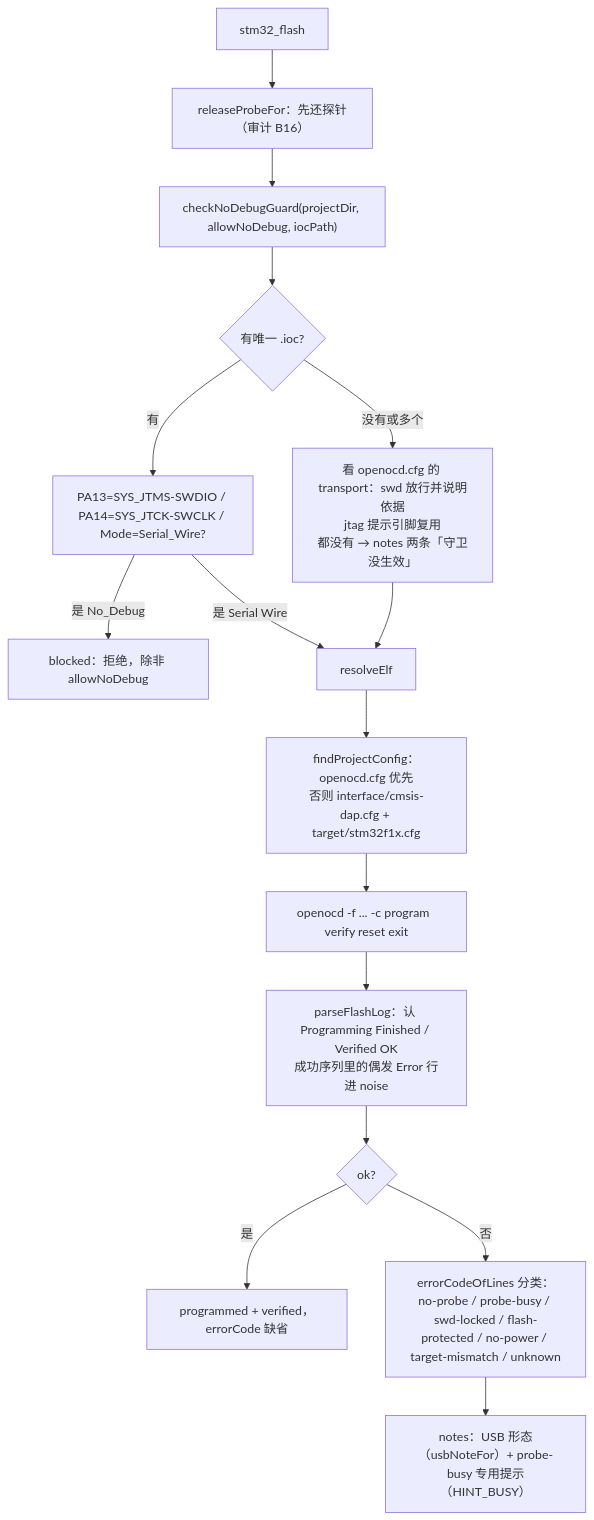
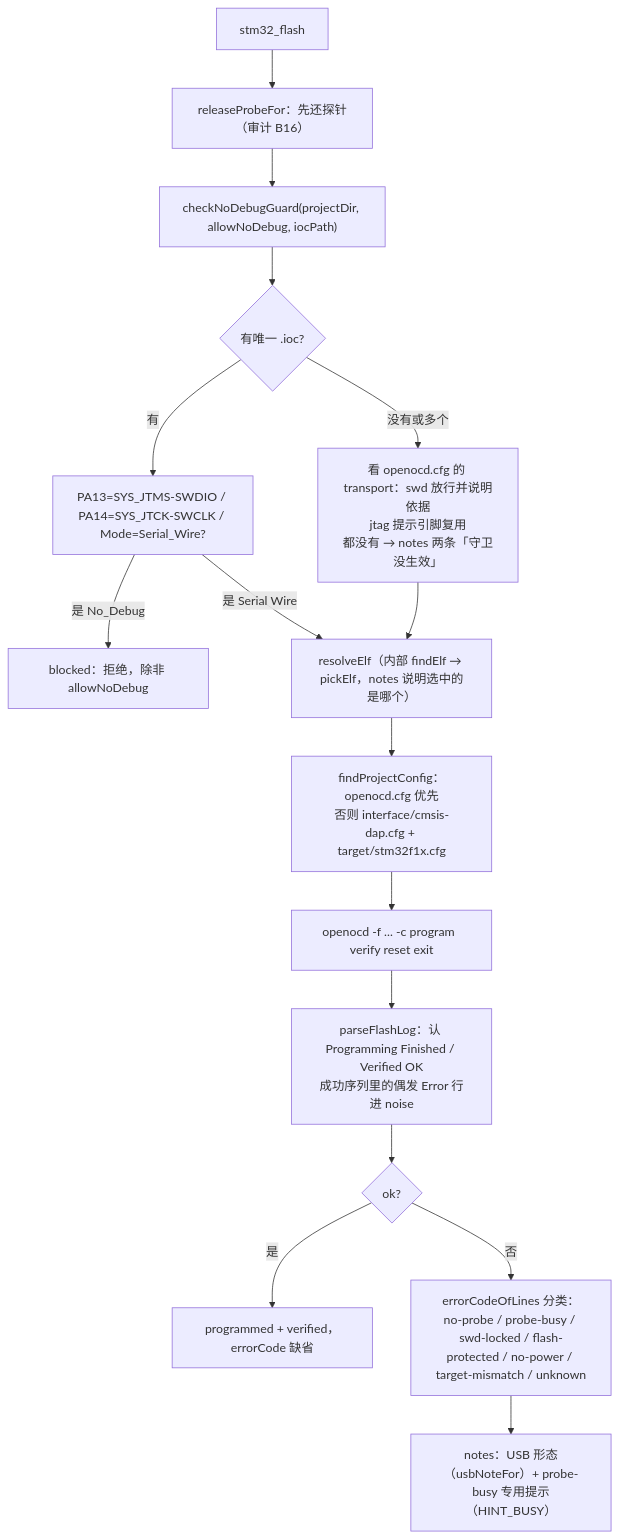
The sixth of 15 diagrams in docs/reading-guide.md (JingYu-er/dsh-stm32), drawn with Mermaid before and after one commit. The commit also changed other lines of this file and 18 other files, not shown here.

````diff
--- a/docs/reading-guide.md
+++ b/docs/reading-guide.md
@@ -423,18 +425,18 @@
 ```mermaid
 flowchart TD
   A["stm32_flash"] --> B["releaseProbeFor：先还探针（审计 B16）"]
   B --> C["checkNoDebugGuard(projectDir, allowNoDebug, iocPath)"]
   C --> C1{"有唯一 .ioc?"}
   C1 -->|有| C2["PA13=SYS_JTMS-SWDIO / PA14=SYS_JTCK-SWCLK / Mode=Serial_Wire?"]
   C1 -->|没有或多个| C3["看 openocd.cfg 的 transport：swd 放行并说明依据<br/>jtag 提示引脚复用<br/>都没有 → notes 两条「守卫没生效」"]
   C2 -->|是 No_Debug| BLOCK["blocked：拒绝，除非 allowNoDebug"]
-  C2 -->|是 Serial Wire| D["resolveElf"]
+  C2 -->|是 Serial Wire| D["resolveElf（内部 findElf → pickElf，notes 说明选中的是哪个）"]
   C3 --> D
   D --> E["findProjectConfig：openocd.cfg 优先<br/>否则 interface/cmsis-dap.cfg + target/stm32f1x.cfg"]
   E --> F["openocd -f ... -c program <elf> verify reset exit"]
   F --> G["parseFlashLog：认 Programming Finished / Verified OK<br/>成功序列里的偶发 Error 行进 noise"]
   G --> H{"ok?"}
   H -->|是| OK["programmed + verified，errorCode 缺省"]
   H -->|否| I["errorCodeOfLines 分类：no-probe / probe-busy / swd-locked / flash-protected / no-power / target-mismatch / unknown"]
   I --> J["notes：USB 形态（usbNoteFor）+ probe-busy 专用提示（HINT_BUSY）"]
 ```
````
